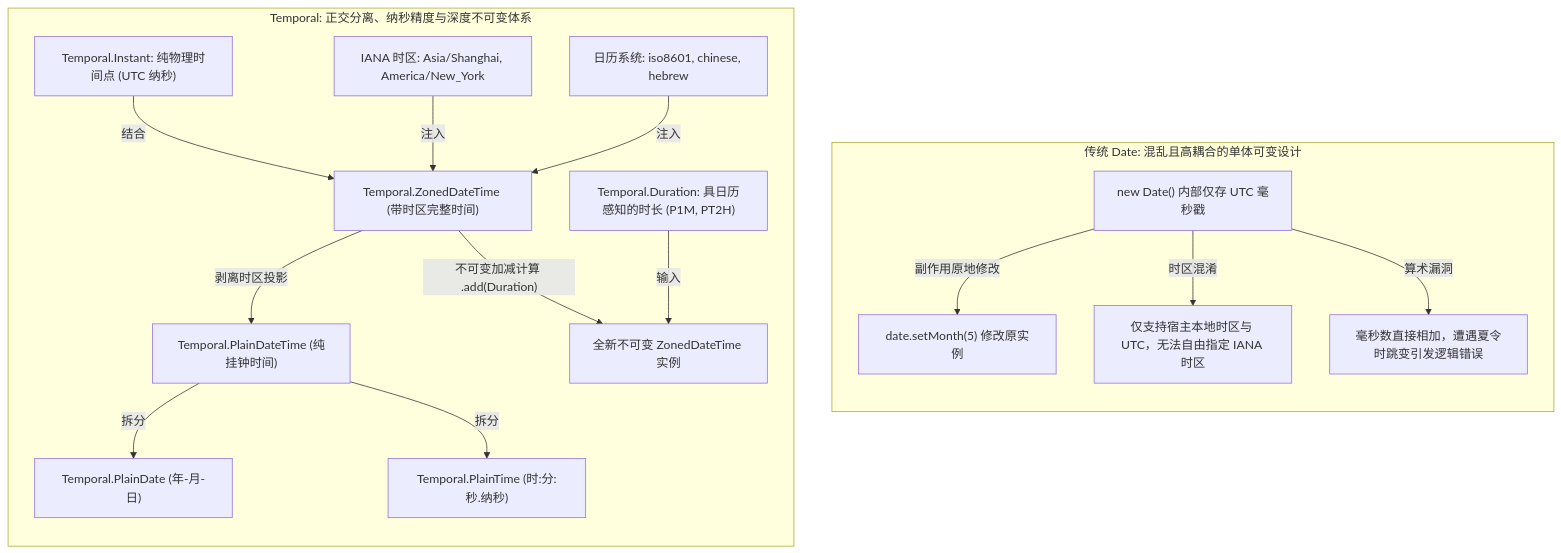
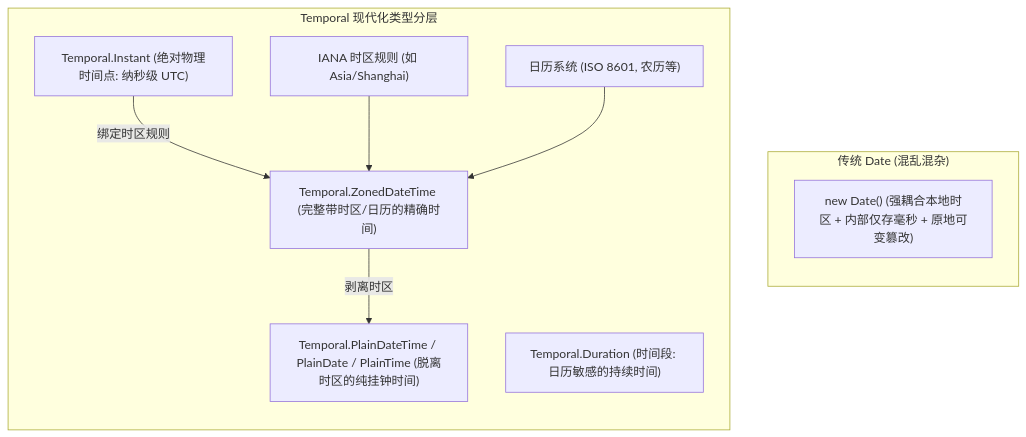
One commit to zenHeart/web-interview changed the seventh of 8 diagrams in docs/01.js/12.new-features.md. Above: the diagram before and after it, drawn with Mermaid. The commit also changed other lines of this file and 10 other files, not shown here.

````diff
--- a/docs/01.js/12.new-features.md
+++ b/docs/01.js/12.new-features.md
@@ -1331,29 +856,23 @@
 ```mermaid
-flowchart TB
-    subgraph Legacy["传统 Date: 混乱且高耦合的单体可变设计"]
+flowchart TD
+    subgraph DateProblem["传统 Date (混乱混杂)"]
         direction TB
-        RawDate["new Date() 内部仅存 UTC 毫秒戳"]
-        RawDate -->|"副作用原地修改"| Mutate["date.setMonth(5) 修改原实例"]
-        RawDate -->|"时区混淆"| MixedTZ["仅支持宿主本地时区与 UTC，无法自由指定 IANA 时区"]
-        RawDate -->|"算术漏洞"| DstBug["毫秒数直接相加，遭遇夏令时跳变引发逻辑错误"]
+        BadDate["new Date() (强耦合本地时区 + 内部仅存毫秒 + 原地可变篡改)"]
     end
 
-    subgraph Modern["Temporal: 正交分离、纳秒精度与深度不可变体系"]
+    subgraph TemporalHierarchy["Temporal 现代化类型分层"]
         direction TB
-        Instant["Temporal.Instant: 纯物理时间点 (UTC 纳秒)"]
-        TimeZone["IANA 时区: Asia/Shanghai, America/New_York"]
-        Calendar["日历系统: iso8601, chinese, hebrew"]
+        Instant["Temporal.Instant (绝对物理时间点: 纳秒级 UTC)"]
+        TimeZone["IANA 时区规则 (如 Asia/Shanghai)"]
+        Calendar["日历系统 (ISO 8601, 农历等)"]
         
-        Instant -->|"结合"| Zoned["Temporal.ZonedDateTime (带时区完整时间)"]
-        TimeZone -->|"注入"| Zoned
-        Calendar -->|"注入"| Zoned
+        Zoned["Temporal.ZonedDateTime (完整带时区/日历的精确时间)"]
+        Plain["Temporal.PlainDateTime / PlainDate / PlainTime (脱离时区的纯挂钟时间)"]
+        Duration["Temporal.Duration (时间段: 日历敏感的持续时间)"]
         
-        Zoned -->|"剥离时区投影"| PlainDT["Temporal.PlainDateTime (纯挂钟时间)"]
-        PlainDT -->|"拆分"| PDate["Temporal.PlainDate (年-月-日)"]
-        PlainDT -->|"拆分"| PTime["Temporal.PlainTime (时:分:秒.纳秒)"]
-        
-        Duration["Temporal.Duration: 具日历感知的时长 (P1M, PT2H)"]
-        Zoned -->|"不可变加减计算 .add(Duration)"| NewZoned["全新不可变 ZonedDateTime 实例"]
-        Duration -->|"输入"| NewZoned
+        Instant -->|"绑定时区规则"| Zoned
+        TimeZone --> Zoned
+        Calendar --> Zoned
+        Zoned -->|"剥离时区"| Plain
     end
 ```
````
